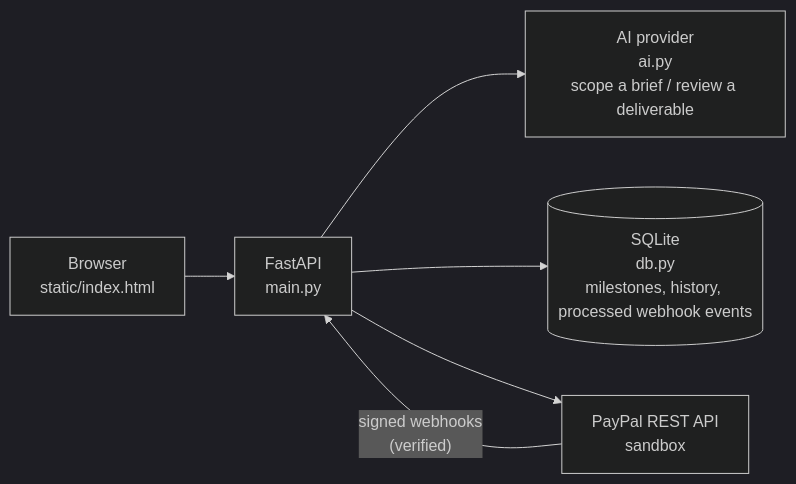
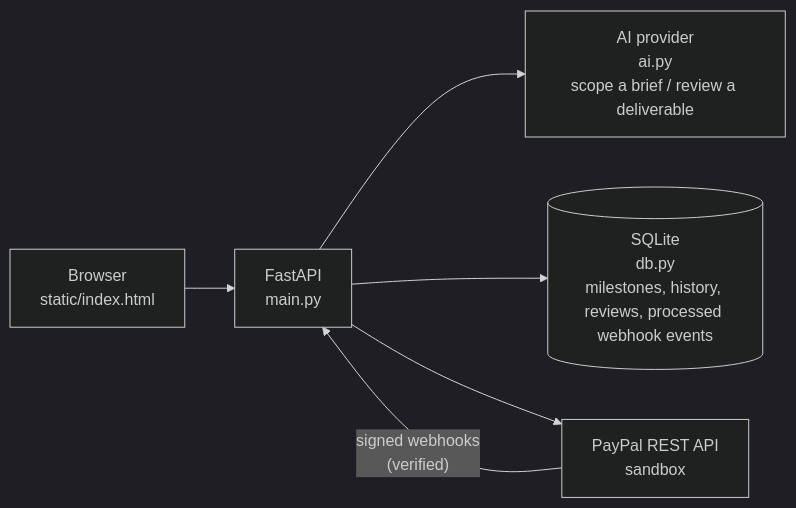
The first of 2 diagrams in README.md (Krishna-Ram9/specpay), drawn with Mermaid (dark theme) before and after one commit. The commit also changed other lines of this file and 3 other files, not shown here.

````diff
--- a/README.md
+++ b/README.md
@@ -30,8 +34,8 @@
 ```mermaid
 flowchart LR
     B["Browser<br/>static/index.html"] --> F["FastAPI<br/>main.py"]
     F --> AI["AI provider<br/>ai.py<br/>scope a brief / review a deliverable"]
-    F --> DB[("SQLite<br/>db.py<br/>milestones, history, processed webhook events")]
+    F --> DB[("SQLite<br/>db.py<br/>milestones, history, reviews, processed webhook events")]
     F --> P["PayPal REST API<br/>sandbox"]
     P -- "signed webhooks<br/>(verified)" --> F
 ```
````
